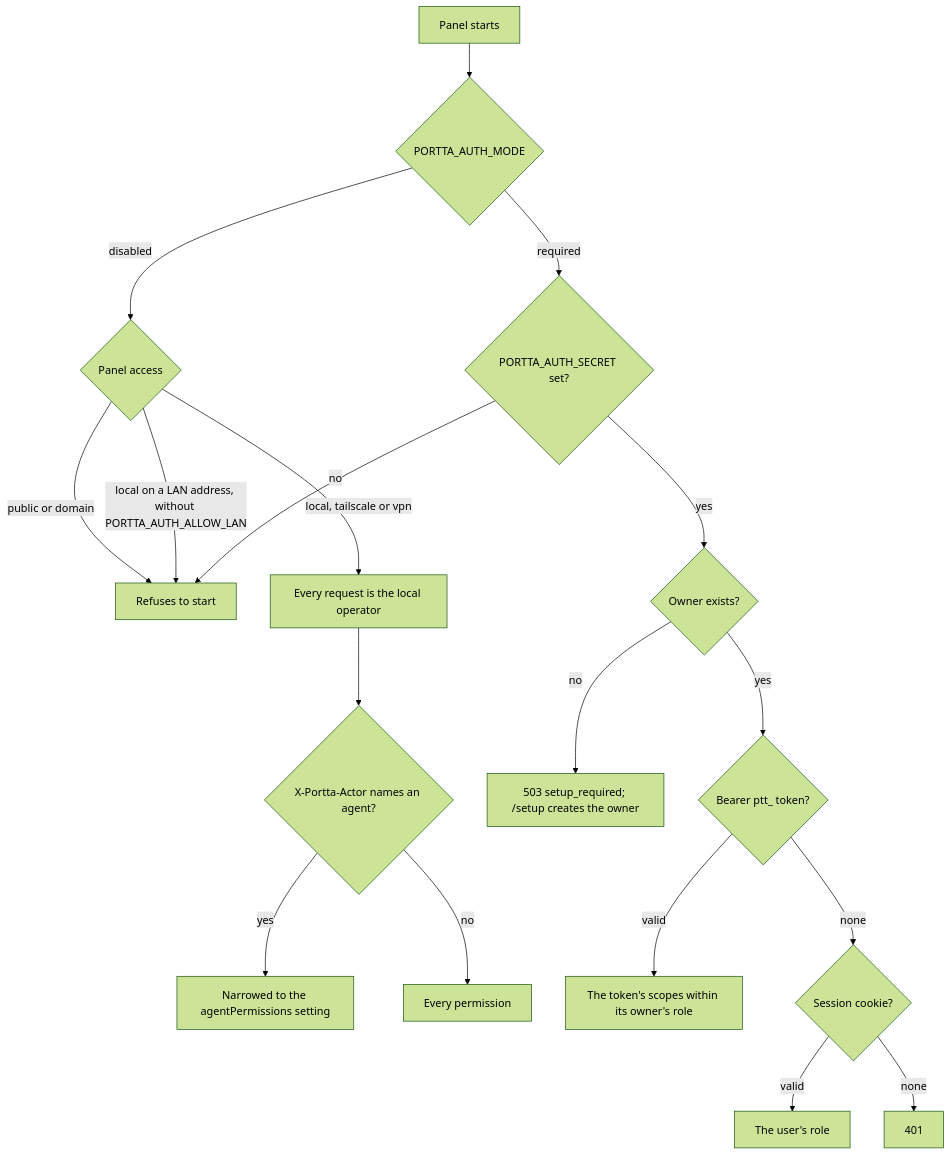
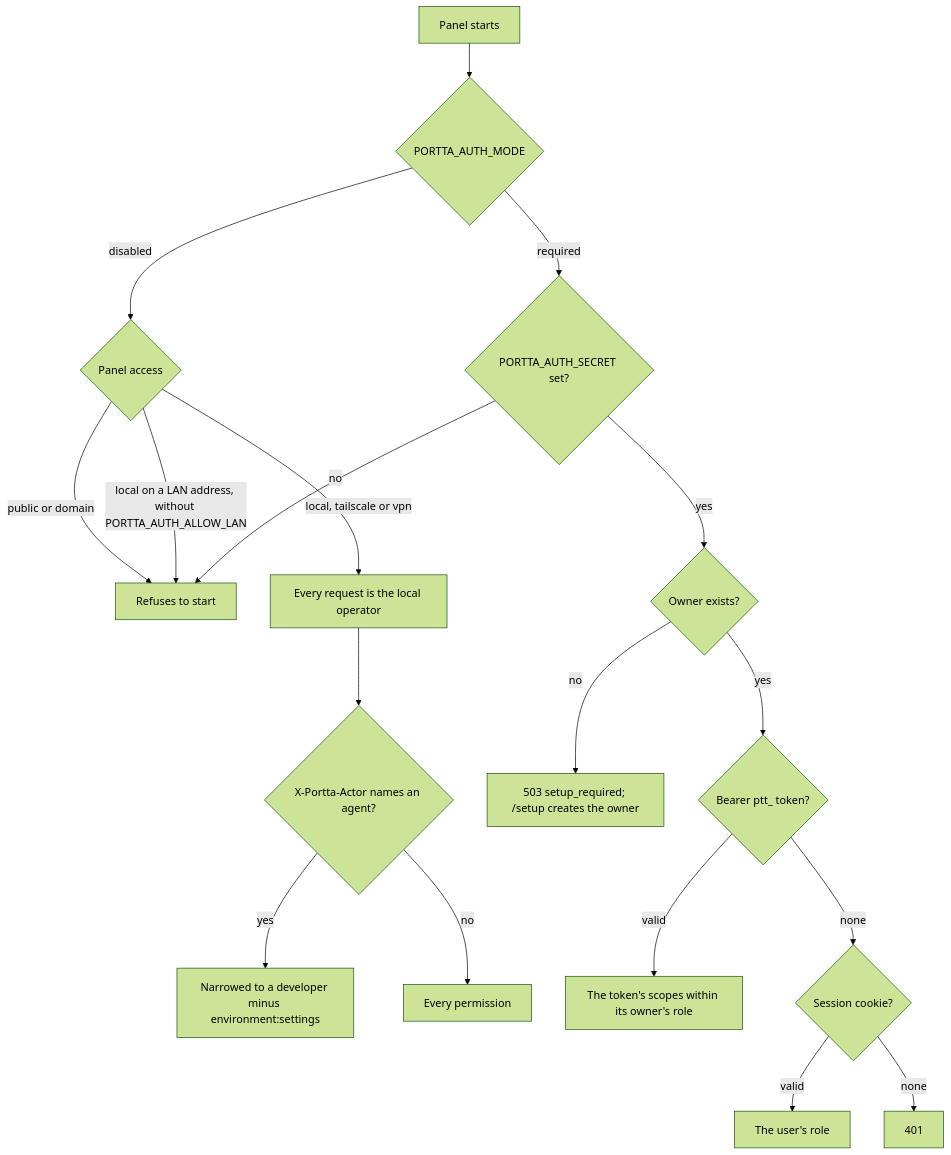
One commit to codions-labs/portta changed the diagram in docs/product/guides/authentication.md. Above: the diagram before and after it, drawn with Mermaid (forest theme). The commit also changed other lines of this file and 50 other files, not shown here.

````diff
--- a/docs/product/guides/authentication.md
+++ b/docs/product/guides/authentication.md
@@ -40,20 +40,20 @@
 ```mermaid
 flowchart TD
   boot["Panel starts"] --> mode{"PORTTA_AUTH_MODE"}
   mode -- disabled --> access{"Panel access"}
   access -- "public or domain" --> refuse["Refuses to start"]
   access -- "local on a LAN address, without PORTTA_AUTH_ALLOW_LAN" --> refuse
   access -- "local, tailscale or vpn" --> local["Every request is the local operator"]
   local --> agent{"X-Portta-Actor names an agent?"}
-  agent -- yes --> narrowed["Narrowed to the agentPermissions setting"]
+  agent -- yes --> narrowed["Narrowed to a developer minus environment:settings"]
   agent -- no --> all["Every permission"]
   mode -- required --> secret{"PORTTA_AUTH_SECRET set?"}
   secret -- no --> refuse
   secret -- yes --> owner{"Owner exists?"}
   owner -- no --> setup["503 setup_required; /setup creates the owner"]
   owner -- yes --> bearer{"Bearer ptt_ token?"}
   bearer -- valid --> token["The token's scopes within its owner's role"]
   bearer -- none --> cookie{"Session cookie?"}
   cookie -- valid --> user["The user's role"]
   cookie -- none --> denied["401"]
 ```
````
